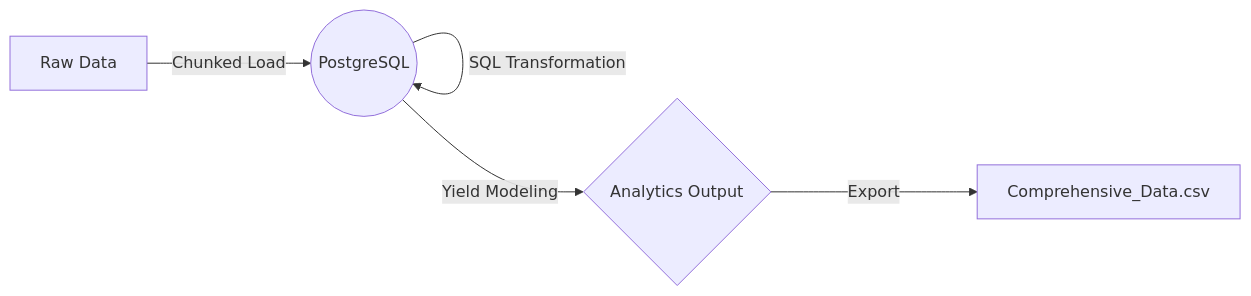
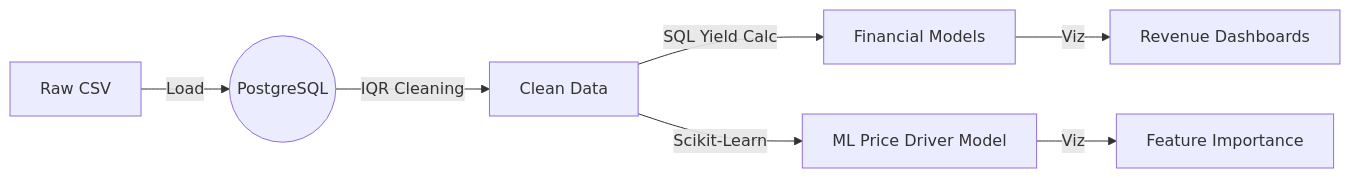
Before and after one commit to shauryeezy/airbnb_tokyo-nyc: the diagram in README.md, drawn with Mermaid. The commit also changed other lines of this file and 24 other files, not shown here.

````diff
--- a/README.md
+++ b/README.md
@@ -85,7 +63,9 @@
 ```mermaid
 graph LR
-    A[Raw Data] -->|Chunked Load| B((PostgreSQL))
-    B -->|SQL Transformation| B
-    B -->|Yield Modeling| C{Analytics Output}
-    C -->|Export| D[Comprehensive_Data.csv]
+    A[Raw CSV] -->|Load| B((PostgreSQL))
+    B -->|IQR Cleaning| C[Clean Data]
+    C -->|SQL Yield Calc| D[Financial Models]
+    C -->|Scikit-Learn| E[ML Price Driver Model]
+    E -->|Viz| F[Feature Importance]
+    D -->|Viz| G[Revenue Dashboards]
 ```
````
